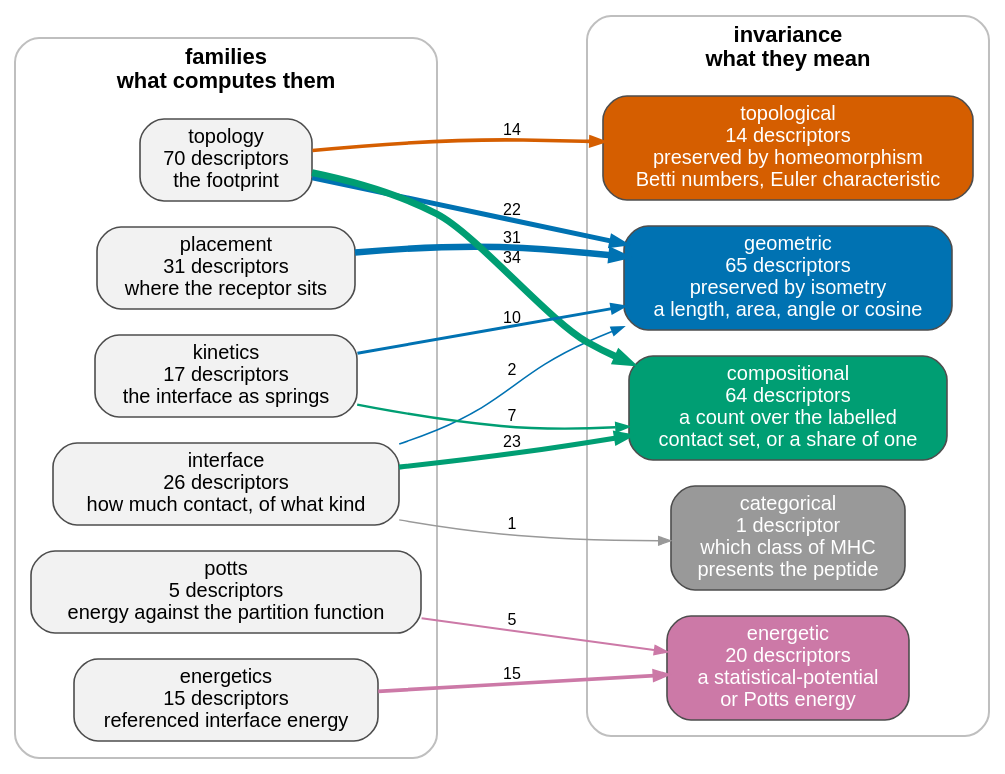
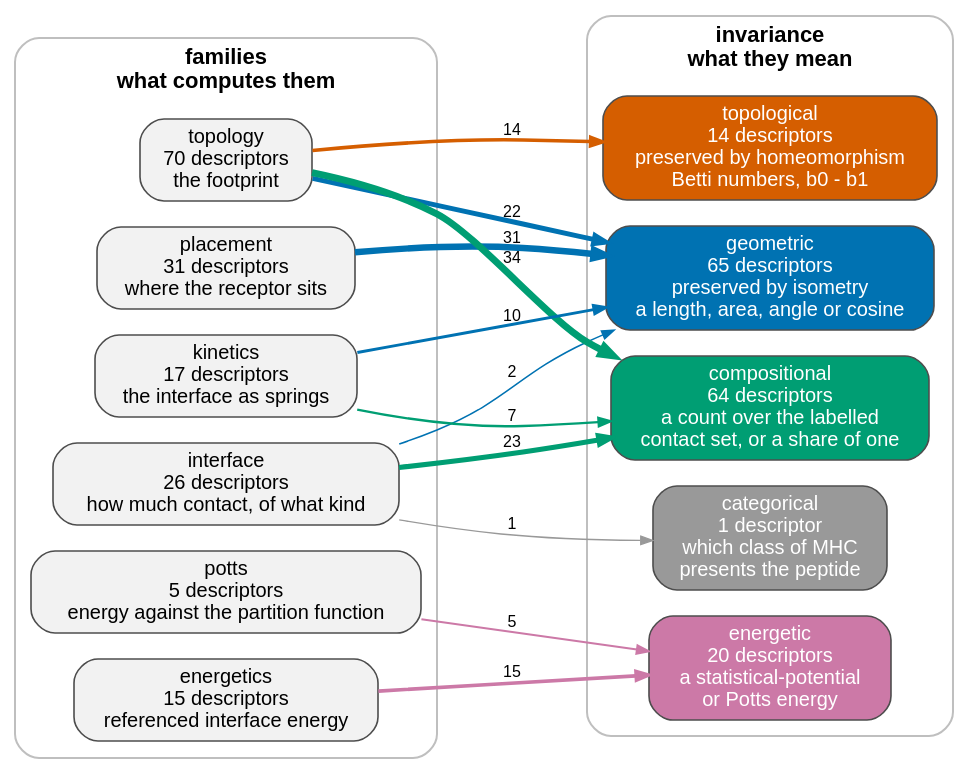
One commit to antigenomics/tcren changed the diagram in docs/_static/descriptor_families.dot. Above: the diagram before and after it, drawn with Graphviz. The commit also changed 46 other files, not shown here.

```diff
--- a/docs/_static/descriptor_families.dot
+++ b/docs/_static/descriptor_families.dot
@@ -1,42 +1,42 @@
 // GENERATED by scripts/gen_family_graph.py -- do not edit.
 digraph descriptor_families {
   rankdir=LR; bgcolor="transparent"; splines=true; nodesep=0.18; ranksep=1.1;
   node [shape=box, style="rounded,filled", fontname="Helvetica", fontsize=10,
         color="#4D4D4D", penwidth=0.8];
   edge [fontname="Helvetica", fontsize=8, color="#4D4D4D", arrowsize=0.6];
 
   // what produces them: one pass of one command per family
   subgraph cluster_family {
     label="families\nwhat computes them"; fontname="Helvetica-Bold"; fontsize=11;
     color="#BFBFBF"; style=rounded;
     "placement" [fillcolor="#F2F2F2", label="placement\n31 descriptors\nwhere the receptor sits"];
     "interface" [fillcolor="#F2F2F2", label="interface\n26 descriptors\nhow much contact, of what kind"];
     "topology" [fillcolor="#F2F2F2", label="topology\n70 descriptors\nthe footprint"];
     "energetics" [fillcolor="#F2F2F2", label="energetics\n15 descriptors\nreferenced interface energy"];
     "potts" [fillcolor="#F2F2F2", label="potts\n5 descriptors\nenergy against the partition function"];
     "kinetics" [fillcolor="#F2F2F2", label="kinetics\n17 descriptors\nthe interface as springs"];
   }
 
   // what they mean: the invariance the quantity is defined up to
   subgraph cluster_class {
     label="invariance\nwhat they mean"; fontname="Helvetica-Bold"; fontsize=11;
     color="#BFBFBF"; style=rounded;
     "geometric" [fillcolor="#0072B2", fontcolor="white", label="geometric\n65 descriptors\npreserved by isometry\na length, area, angle or cosine"];
-    "topological" [fillcolor="#D55E00", fontcolor="white", label="topological\n14 descriptors\npreserved by homeomorphism\nBetti numbers, Euler characteristic"];
+    "topological" [fillcolor="#D55E00", fontcolor="white", label="topological\n14 descriptors\npreserved by homeomorphism\nBetti numbers, b0 - b1"];
     "compositional" [fillcolor="#009E73", fontcolor="white", label="compositional\n64 descriptors\na count over the labelled\ncontact set, or a share of one"];
     "energetic" [fillcolor="#CC79A7", fontcolor="white", label="energetic\n20 descriptors\na statistical-potential\nor Potts energy"];
     "categorical" [fillcolor="#999999", fontcolor="white", label="categorical\n1 descriptor\nwhich class of MHC\npresents the peptide"];
   }
 
   "placement" -> "geometric" [label="31", penwidth=3.20, color="#0072B2"];
   "interface" -> "compositional" [label="23", penwidth=2.53, color="#009E73"];
   "interface" -> "geometric" [label="2", penwidth=0.77, color="#0072B2"];
   "interface" -> "categorical" [label="1", penwidth=0.68, color="#999999"];
   "topology" -> "compositional" [label="34", penwidth=3.45, color="#009E73"];
   "topology" -> "geometric" [label="22", penwidth=2.45, color="#0072B2"];
   "topology" -> "topological" [label="14", penwidth=1.77, color="#D55E00"];
   "energetics" -> "energetic" [label="15", penwidth=1.86, color="#CC79A7"];
   "potts" -> "energetic" [label="5", penwidth=1.02, color="#CC79A7"];
   "kinetics" -> "geometric" [label="10", penwidth=1.44, color="#0072B2"];
   "kinetics" -> "compositional" [label="7", penwidth=1.19, color="#009E73"];
 }
```
